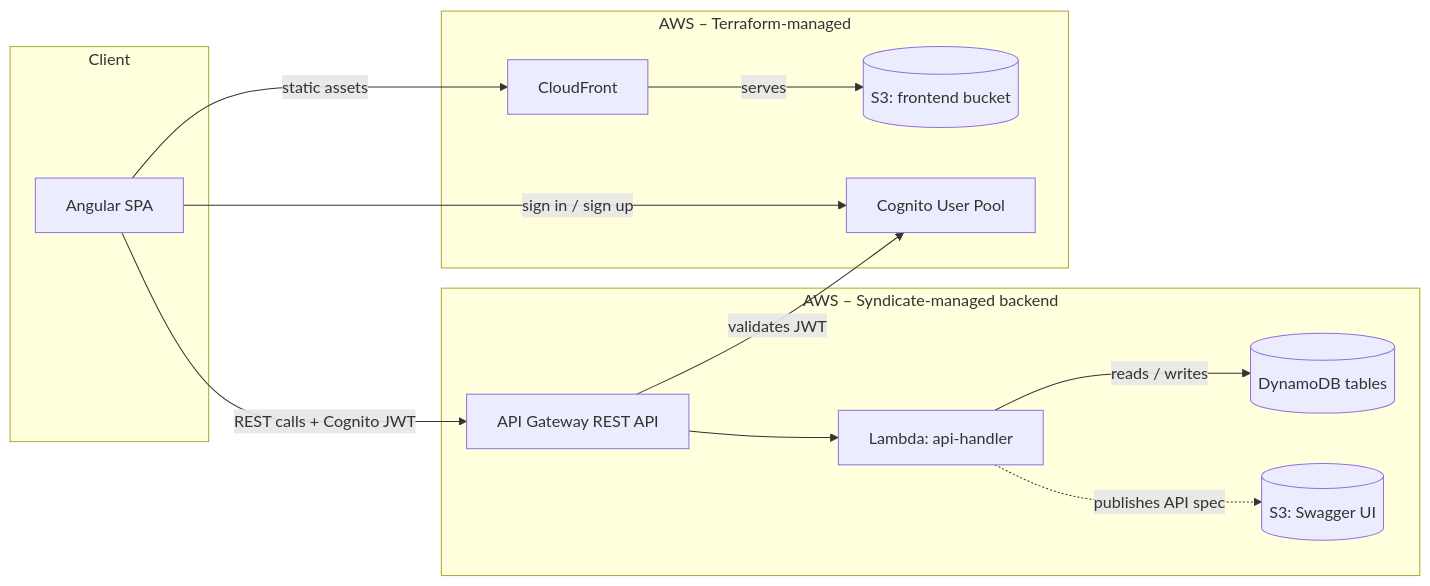
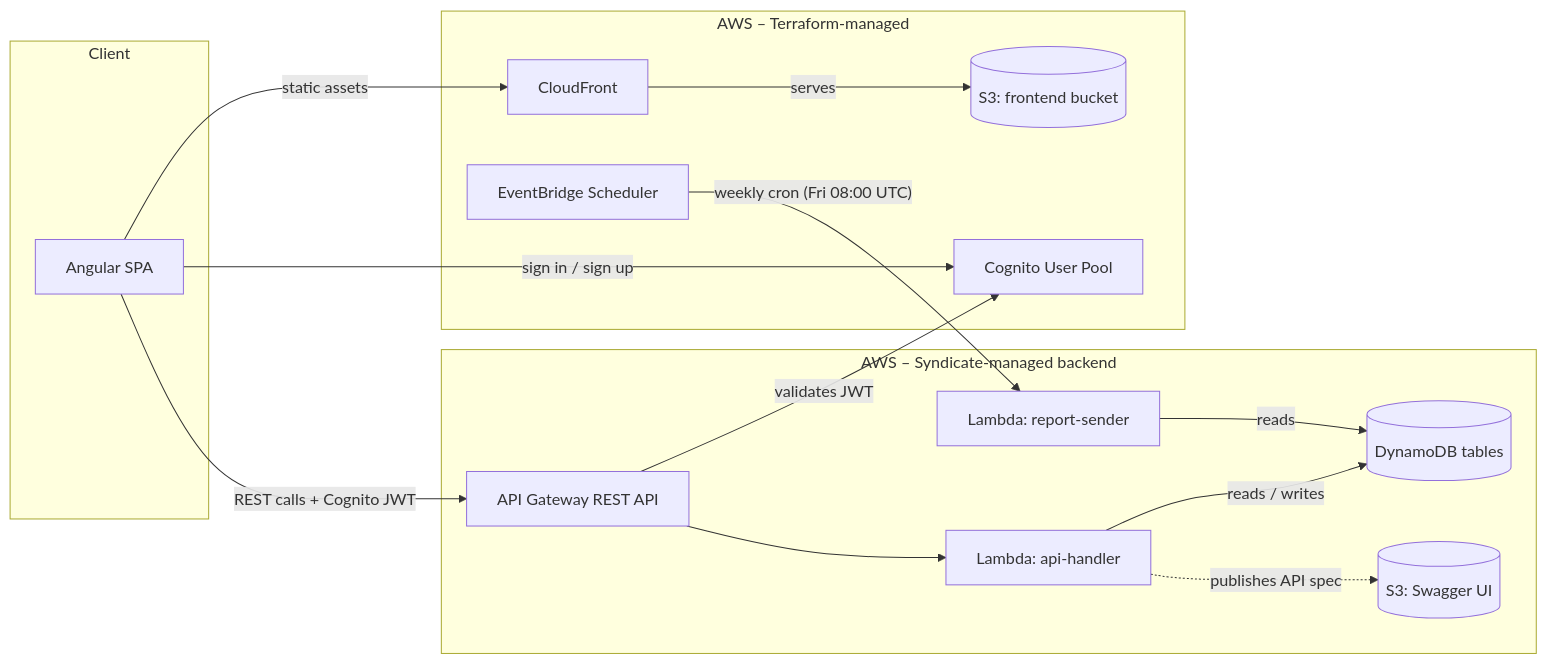
One commit to nyxelline/green-tasty-restaurant changed the diagram in README.md. Above: the diagram before and after it, drawn with Mermaid. The commit also changed other lines of this file and 5 other files, not shown here.

````diff
--- a/README.md
+++ b/README.md
@@ -32,28 +73,32 @@
 ```mermaid
 flowchart LR
     subgraph Client
         A[Angular SPA]
     end
 
     subgraph "AWS – Terraform-managed"
         CF[CloudFront]
         S3F[(S3: frontend bucket)]
         COG[Cognito User Pool]
+        EB[EventBridge Scheduler]
     end
 
     subgraph "AWS – Syndicate-managed backend"
         APIGW[API Gateway REST API]
         LAMBDA[Lambda: api-handler]
+        REPORTS[Lambda: report-sender]
         DDB[(DynamoDB tables)]
         S3SW[(S3: Swagger UI)]
     end
 
     A -- "static assets" --> CF
     CF -- "serves" --> S3F
     A -- "sign in / sign up" --> COG
     A -- "REST calls + Cognito JWT" --> APIGW
     APIGW -- "validates JWT" --> COG
     APIGW --> LAMBDA
     LAMBDA -- "reads / writes" --> DDB
     LAMBDA -. "publishes API spec" .-> S3SW
+    EB -- "weekly cron (Fri 08:00 UTC)" --> REPORTS
+    REPORTS -- "reads" --> DDB
 ```
````
